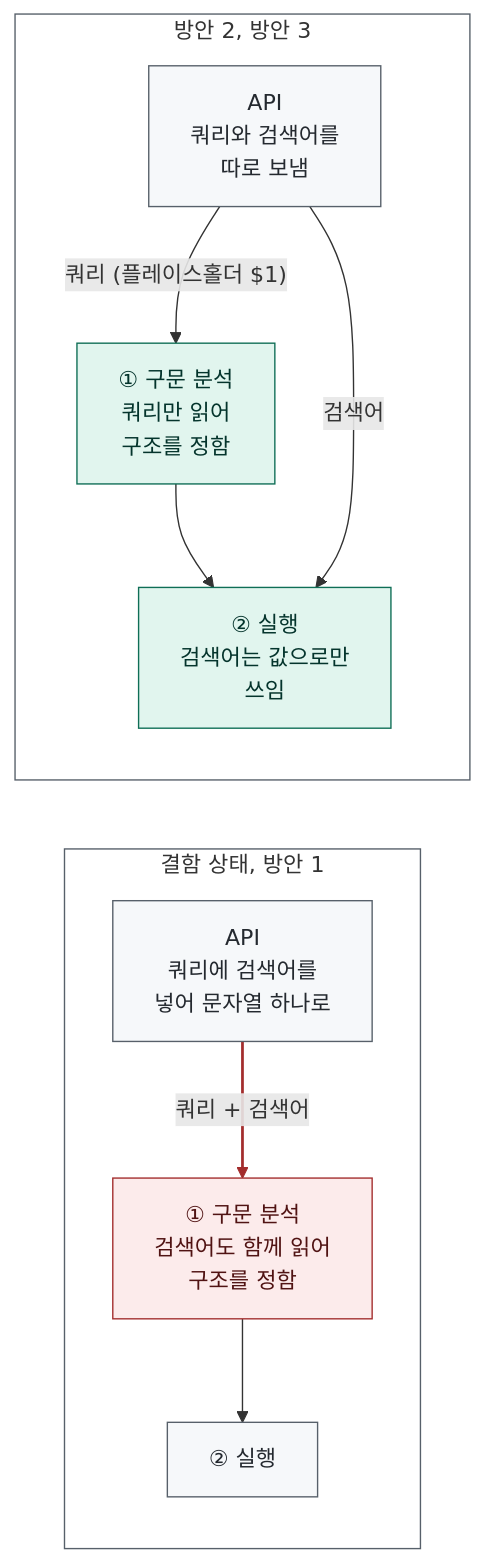
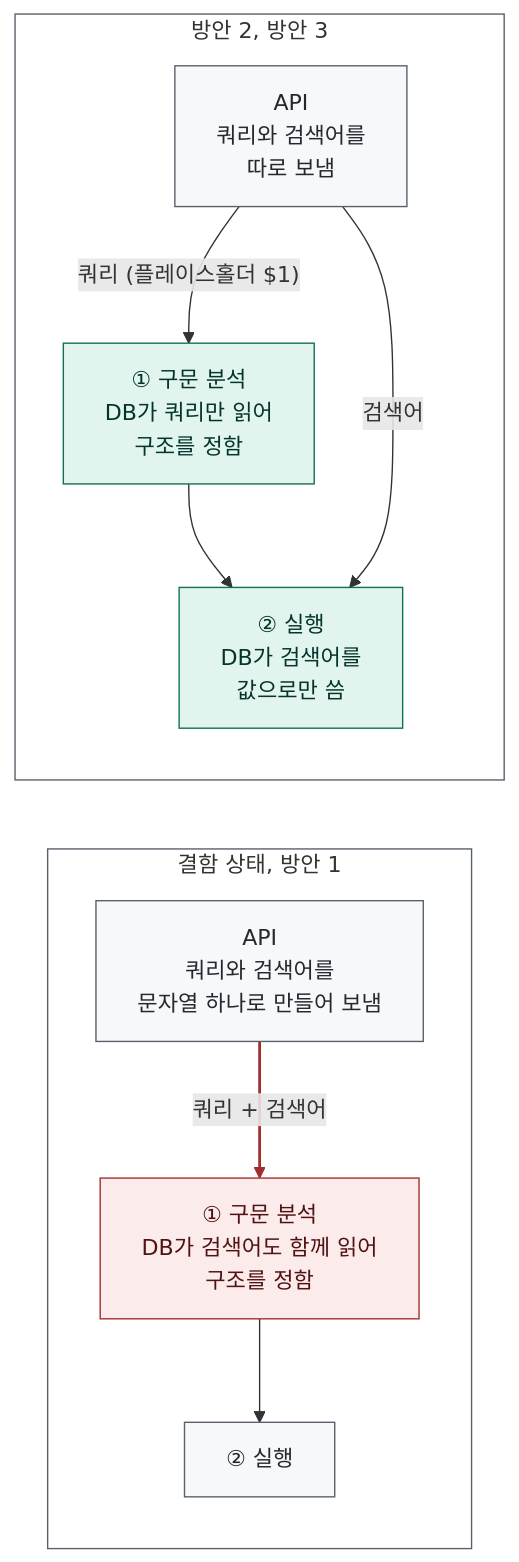
One commit to loquemedalagana/secure-enroll-demo changed the third of 5 diagrams in docs/diagnosis/defect-6.md. Above: the diagram before and after it, drawn with Mermaid. The commit also changed other lines of this file, not shown here.

Commit message:
docs: 결함 6 보고서 구문 분석 그림과 조치 뒤 그림의 글자를 고침
구문 분석 그림의 API 상자는 서술어가 없던 '넣어 문자열 하나로'를
본문과 같은 '문자열 하나로 만들어 보냄'으로 고쳤다.
구문 분석과 실행 상자에는 누가 하는지(DB가)를 적고, 수동 꼴 '쓰임'을 '씀'으로 고쳤다.
조치 뒤 그림의 '따로 넘김'은 구문 분석 그림과 본문이 쓰는 '따로 보냄'으로,
'검색어가 든 강의만'은 '제목에 검색어가 포함된 강의만'으로 고쳤다.

````diff
--- a/docs/diagnosis/defect-6.md
+++ b/docs/diagnosis/defect-6.md
@@ -280,27 +280,27 @@
 ```mermaid
 flowchart LR
   subgraph one["결함 상태, 방안 1"]
-    a1["API<br/>쿼리에 검색어를<br/>넣어 문자열 하나로"]
-    p1["① 구문 분석<br/>검색어도 함께 읽어<br/>구조를 정함"]
+    a1["API<br/>쿼리와 검색어를<br/>문자열 하나로 만들어 보냄"]
+    p1["① 구문 분석<br/>DB가 검색어도 함께 읽어<br/>구조를 정함"]
     e1["② 실행"]
     a1 -- "쿼리 + 검색어" --> p1 --> e1
   end
 
   subgraph two["방안 2, 방안 3"]
     a2["API<br/>쿼리와 검색어를<br/>따로 보냄"]
-    p2["① 구문 분석<br/>쿼리만 읽어<br/>구조를 정함"]
-    e2["② 실행<br/>검색어는 값으로만<br/>쓰임"]
+    p2["① 구문 분석<br/>DB가 쿼리만 읽어<br/>구조를 정함"]
+    e2["② 실행<br/>DB가 검색어를<br/>값으로만 씀"]
     a2 -- "쿼리 (플레이스홀더 $1)" --> p2 --> e2
     a2 -- "검색어" --> e2
   end
 
   classDef danger fill:#FCEBEB,stroke:#A32D2D,color:#501313
   classDef safe fill:#E1F5EE,stroke:#0F6E56,color:#04342C
   classDef neutral fill:#f6f8fa,stroke:#57606a,color:#24292f
   class p1 danger
   class p2,e2 safe
   class a1,e1,a2 neutral
   style one fill:none,stroke:#57606a
   style two fill:none,stroke:#57606a
   linkStyle 0 stroke:#A32D2D,stroke-width:2px
 ```
````
